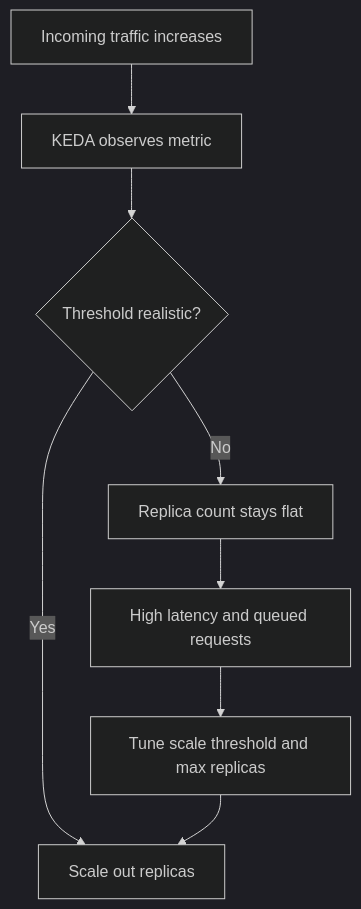
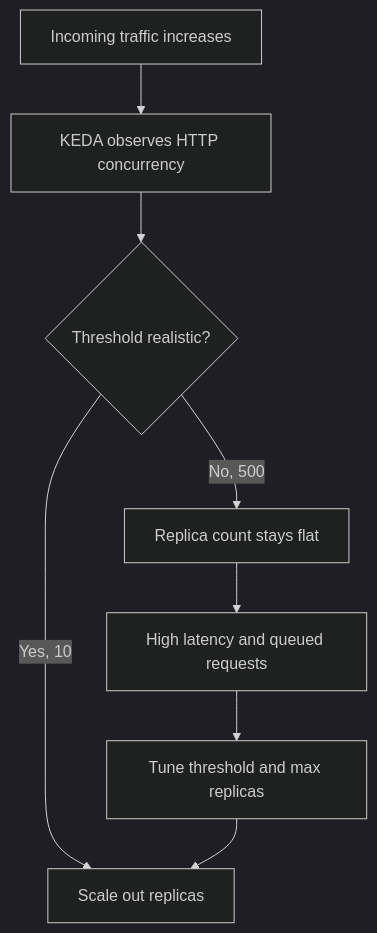
The diagram in docs/troubleshooting/lab-guides/scale-rule-mismatch.md (yeongseon/azure-container-apps-practical-guide), drawn with Mermaid (dark theme) before and after one commit. The commit also changed other lines of this file and 24 other files, not shown here.

````diff
--- a/docs/troubleshooting/lab-guides/scale-rule-mismatch.md
+++ b/docs/troubleshooting/lab-guides/scale-rule-mismatch.md
@@ -68,10 +23,10 @@
 ```mermaid
 flowchart TD
-    A[Incoming traffic increases] --> B[KEDA observes metric]
+    A[Incoming traffic increases] --> B[KEDA observes HTTP concurrency]
     B --> C{Threshold realistic?}
-    C -->|No| D[Replica count stays flat]
-    C -->|Yes| E[Scale out replicas]
+    C -->|No, 500| D[Replica count stays flat]
+    C -->|Yes, 10| E[Scale out replicas]
     D --> F[High latency and queued requests]
-    F --> G[Tune scale threshold and max replicas]
+    F --> G[Tune threshold and max replicas]
     G --> E
 ```
````
